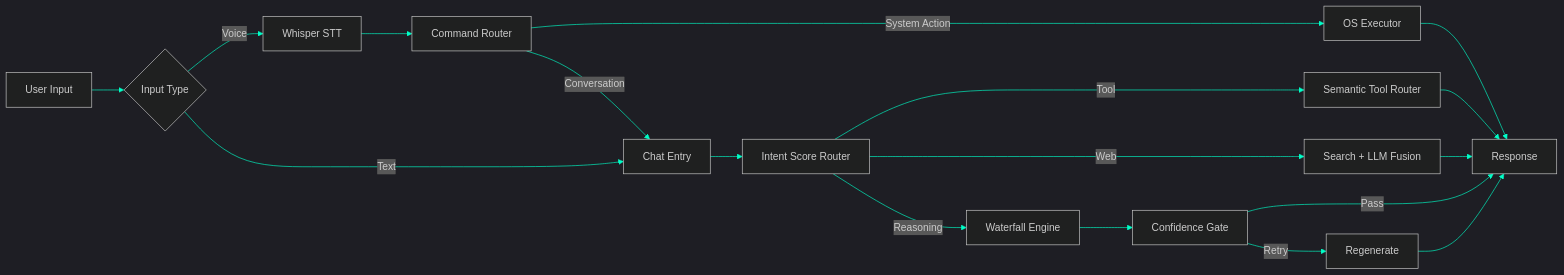
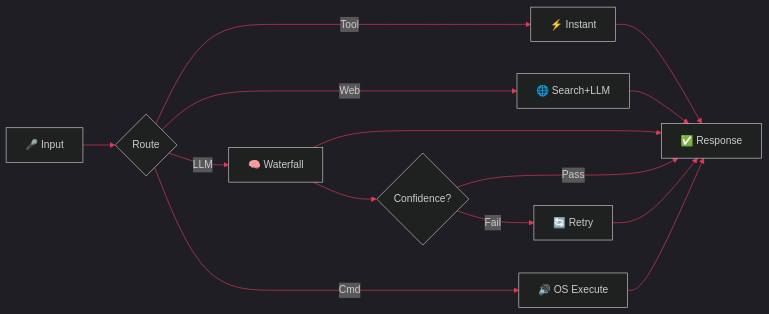
One commit to ansh2222949/ansh2222949 changed the diagram in README.md. Above: the diagram before and after it, drawn with Mermaid. The commit also changed other lines of this file and 6 other files, not shown here.

````diff
--- a/README.md
+++ b/README.md
@@ -223,21 +159,14 @@
 ```mermaid
-%%{init: {'theme': 'dark', 'themeVariables': { 'primaryColor': '#101826', 'primaryTextColor': '#c9d1d9', 'primaryBorderColor': '#00ffc8', 'lineColor': '#00ffc8', 'secondaryColor': '#151b27', 'tertiaryColor': '#0d1117'}}}%%
+%%{init: {'theme': 'dark', 'themeVariables': { 'primaryColor': '#1a1a2e', 'primaryTextColor': '#c9d1d9', 'primaryBorderColor': '#e8375a', 'lineColor': '#e8375a', 'secondaryColor': '#0d1117', 'tertiaryColor': '#0d1117', 'noteBkgColor': '#1a1a2e', 'noteTextColor': '#c9d1d9'}}}%%
 flowchart LR
-    A["User Input"] --> B{"Input Type"}
-    B -->|"Voice"| C["Whisper STT"]
-    B -->|"Text"| D["Chat Entry"]
-    C --> E["Command Router"]
-    E -->|"System Action"| F["OS Executor"]
-    E -->|"Conversation"| D
-    D --> G["Intent Score Router"]
-    G -->|"Tool"| H["Semantic Tool Router"]
-    G -->|"Web"| I["Search + LLM Fusion"]
-    G -->|"Reasoning"| J["Waterfall Engine"]
-    J --> K["Confidence Gate"]
-    K -->|"Pass"| L["Response"]
-    K -->|"Retry"| M["Regenerate"]
-    H --> L
-    I --> L
-    M --> L
-    F --> L
+    A["🎤 Input"] --> B{"Route"}
+    B -->|Tool| C["⚡ Instant"]
+    B -->|Web| D["🌐 Search+LLM"]
+    B -->|LLM| E["🧠 Waterfall"]
+    B -->|Cmd| F["🔊 OS Execute"]
+    C & D & E & F --> G["✅ Response"]
+    E --> H{"Confidence?"}
+    H -->|"Pass"| G
+    H -->|"Fail"| I["🔄 Retry"]
+    I --> G
 ```
````
